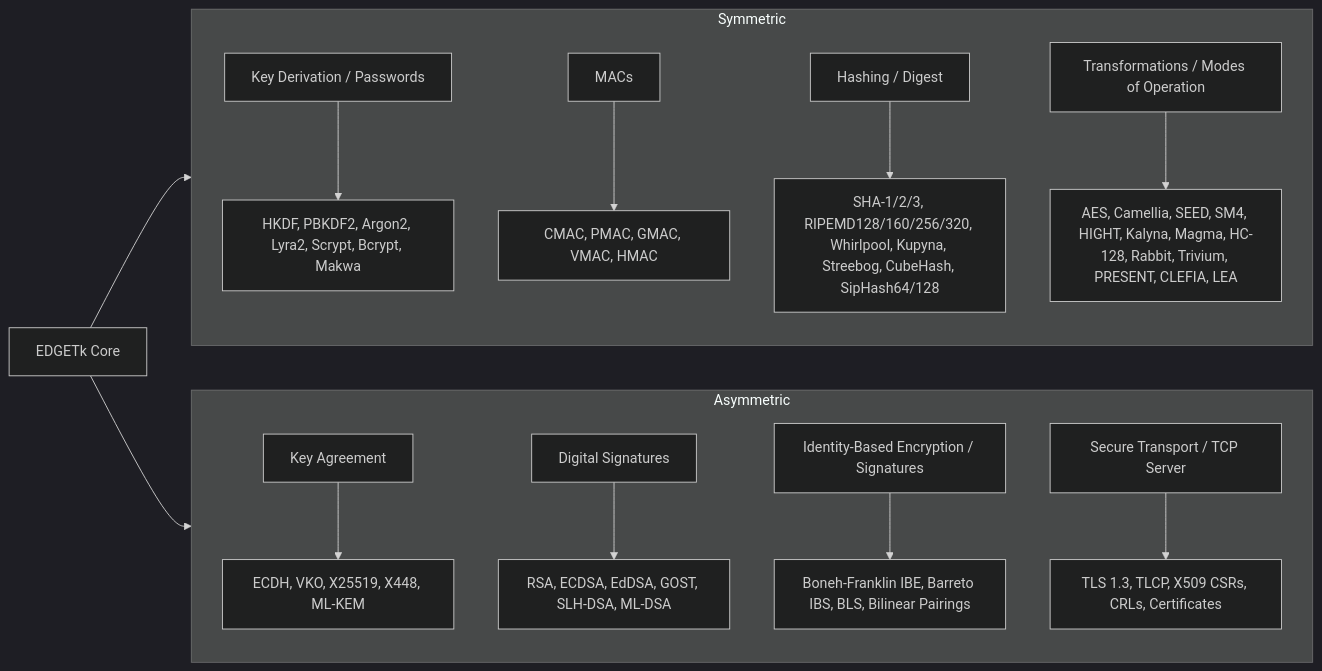
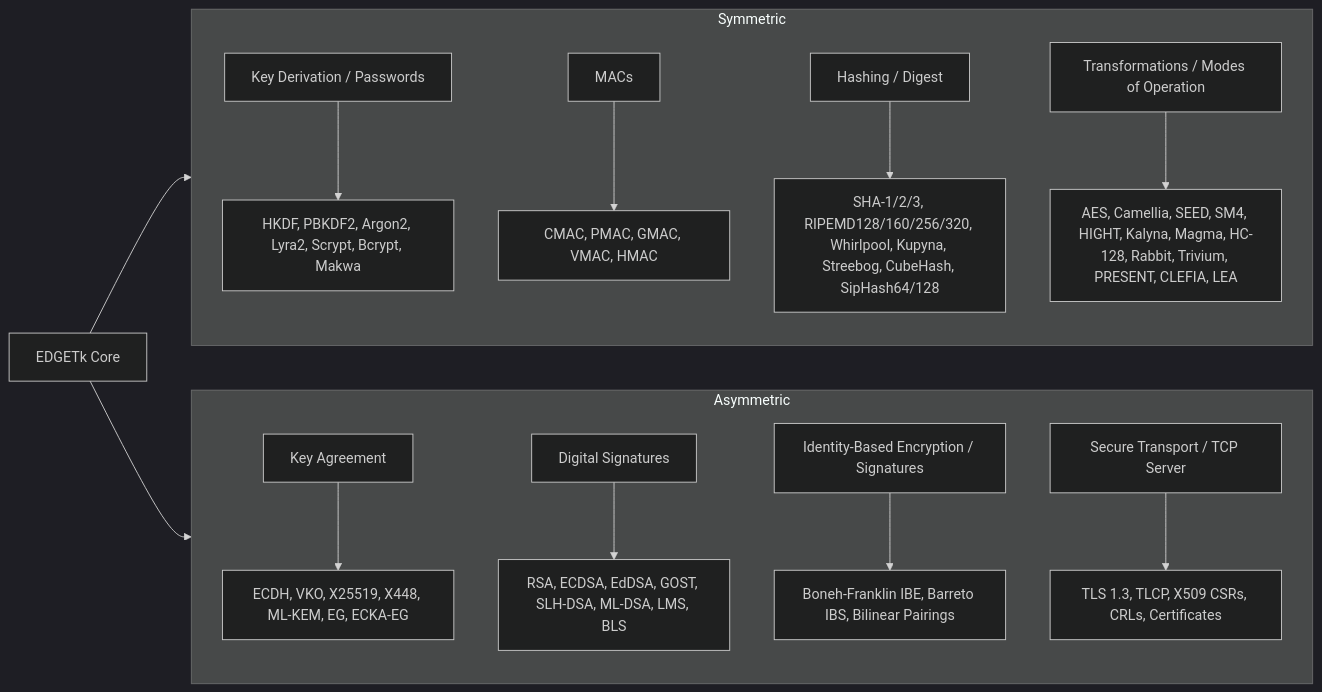
Before and after one commit to pedroalbanese/edgetk: the first of 3 diagrams in README.md, drawn with Mermaid (dark theme).

Commit message:
EDGETk Architecture

````diff
--- a/README.md
+++ b/README.md
@@ -209,36 +209,36 @@
 ```mermaid
 %% EDGETk Architecture - Core on the left, Symmetric above Asymmetric
 graph LR
     A[EDGETk Core]
 
     %% Subgraphs for vertical stacking
     subgraph SymmetricModules[Symmetric]
         direction TB
         B[Key Derivation / Passwords]
         C[MACs]
         D[Hashing / Digest]
         E[Transformations / Modes of Operation]
 
         B --> B1[HKDF, PBKDF2, Argon2, Lyra2, Scrypt, Bcrypt, Makwa]
         C --> C1[CMAC, PMAC, GMAC, VMAC, HMAC]
         D --> D1[SHA-1/2/3, RIPEMD128/160/256/320, Whirlpool, Kupyna, Streebog, CubeHash, SipHash64/128]
         E --> E1[AES, Camellia, SEED, SM4, HIGHT, Kalyna, Magma, HC-128, Rabbit, Trivium, PRESENT, CLEFIA, LEA]
     end
 
     subgraph AsymmetricModules[Asymmetric]
         direction TB
         F[Key Agreement]
         G[Digital Signatures]
         H[Identity-Based Encryption / Signatures]
         I[Secure Transport / TCP Server]
 
-        F --> F1[ECDH, VKO, X25519, X448, ML-KEM]
-        G --> G1[RSA, ECDSA, EdDSA, GOST, SLH-DSA, ML-DSA]
-        H --> H1[Boneh-Franklin IBE, Barreto IBS, BLS, Bilinear Pairings]
+        F --> F1[ECDH, VKO, X25519, X448, ML-KEM, EG, ECKA-EG]
+        G --> G1[RSA, ECDSA, EdDSA, GOST, SLH-DSA, ML-DSA, LMS, BLS]
+        H --> H1[Boneh-Franklin IBE, Barreto IBS, Bilinear Pairings]
         I --> I1[TLS 1.3, TLCP, X509 CSRs, CRLs, Certificates]
     end
 
     %% Connect Core to top-level Symmetric and Asymmetric
     A --> SymmetricModules
     A --> AsymmetricModules
 ```
````
